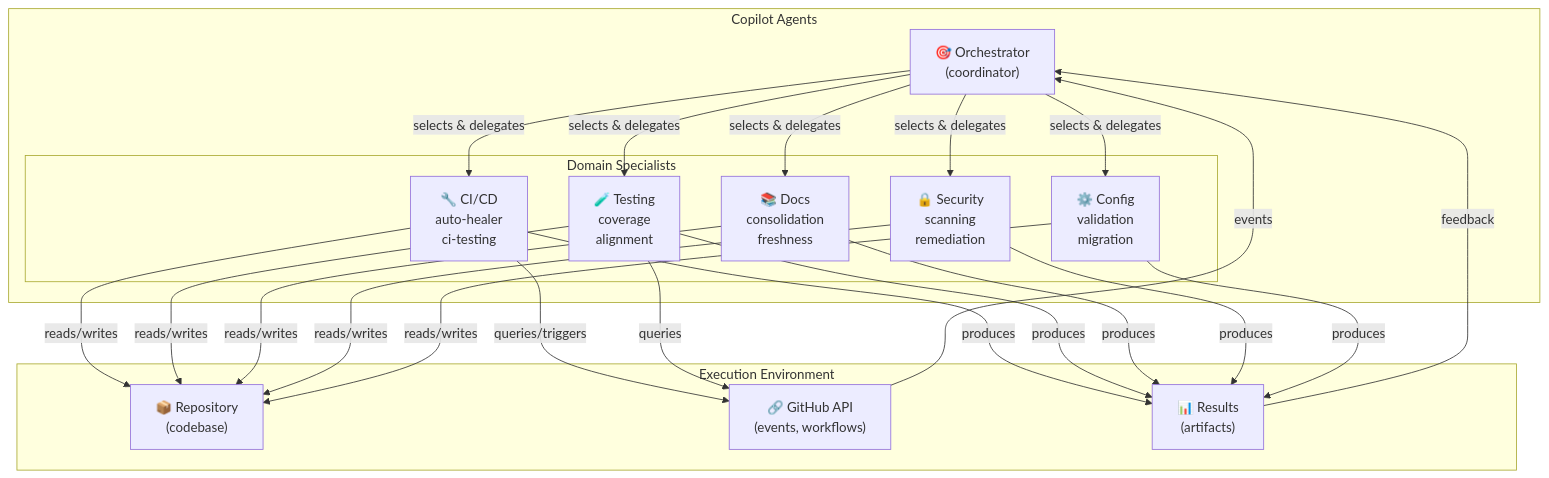
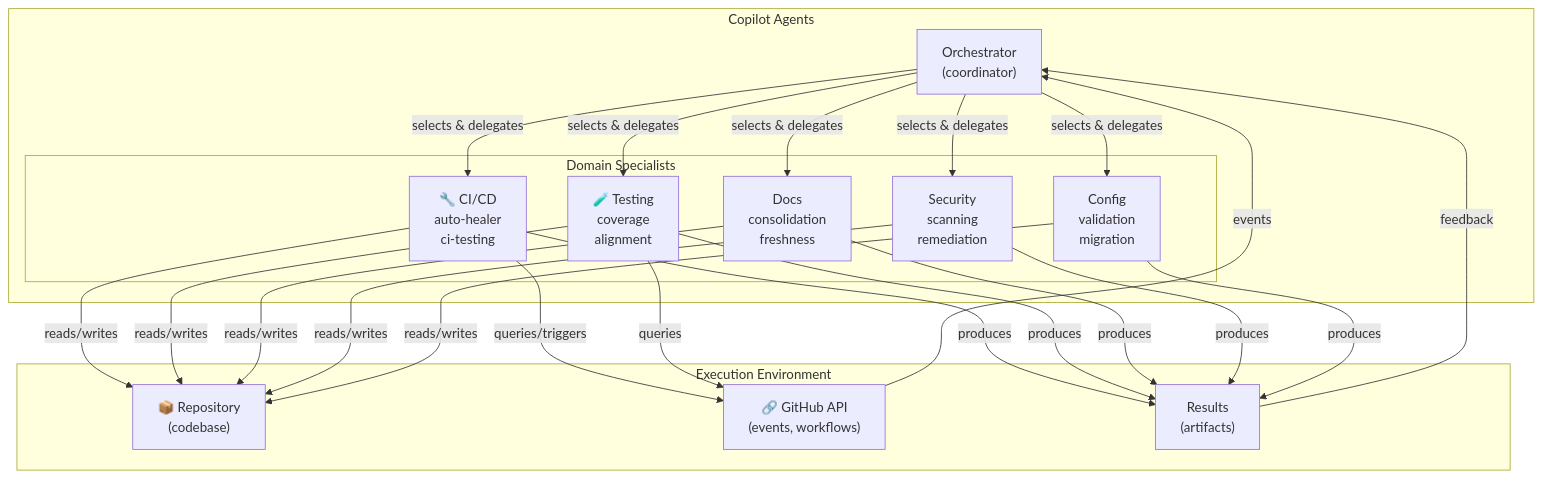
The first of 10 diagrams in docs/agent/CUSTOM_AGENT_COORDINATION_WORKFLOWS.md (Aries-Serpent/_codex_), drawn with Mermaid before and after one commit. The commit also changed other lines of this file and 2029 other files, not shown here.

````diff
--- a/docs/agent/CUSTOM_AGENT_COORDINATION_WORKFLOWS.md
+++ b/docs/agent/CUSTOM_AGENT_COORDINATION_WORKFLOWS.md
@@ -25,43 +27,43 @@
 ```mermaid
 graph TB
     subgraph "Copilot Agents"
-        Orchestrator["🎯 Orchestrator<br/>(coordinator)"]
+        Orchestrator[" Orchestrator<br/>(coordinator)"]
 
         subgraph "Domain Specialists"
             CICD["🔧 CI/CD<br/>auto-healer<br/>ci-testing"]
             Testing["🧪 Testing<br/>coverage<br/>alignment"]
-            Docs["📚 Docs<br/>consolidation<br/>freshness"]
-            Security["🔒 Security<br/>scanning<br/>remediation"]
-            Config["⚙️ Config<br/>validation<br/>migration"]
+            Docs[" Docs<br/>consolidation<br/>freshness"]
+            Security[" Security<br/>scanning<br/>remediation"]
+            Config[" Config<br/>validation<br/>migration"]
         end
     end
 
     subgraph "Execution Environment"
         Repository["📦 Repository<br/>(codebase)"]
         GitHub["🔗 GitHub API<br/>(events, workflows)"]
-        Results["📊 Results<br/>(artifacts)"]
+        Results[" Results<br/>(artifacts)"]
     end
 
     Orchestrator -->|selects & delegates| CICD
     Orchestrator -->|selects & delegates| Testing
     Orchestrator -->|selects & delegates| Docs
     Orchestrator -->|selects & delegates| Security
     Orchestrator -->|selects & delegates| Config
 
     CICD -->|reads/writes| Repository
     CICD -->|queries/triggers| GitHub
     Testing -->|reads/writes| Repository
     Testing -->|queries| GitHub
     Docs -->|reads/writes| Repository
     Security -->|reads/writes| Repository
     Config -->|reads/writes| Repository
 
     CICD -->|produces| Results
     Testing -->|produces| Results
     Docs -->|produces| Results
     Security -->|produces| Results
     Config -->|produces| Results
 
     GitHub -->|events| Orchestrator
     Results -->|feedback| Orchestrator
 ```
````
